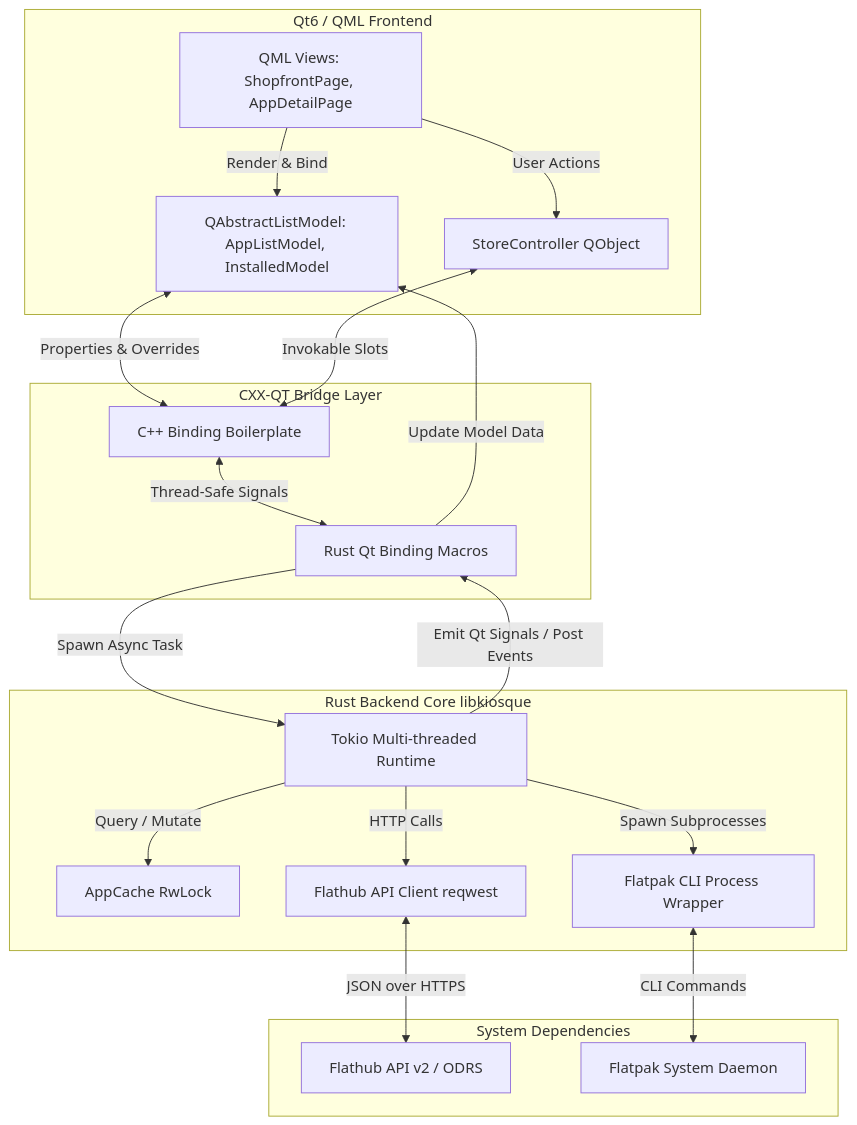
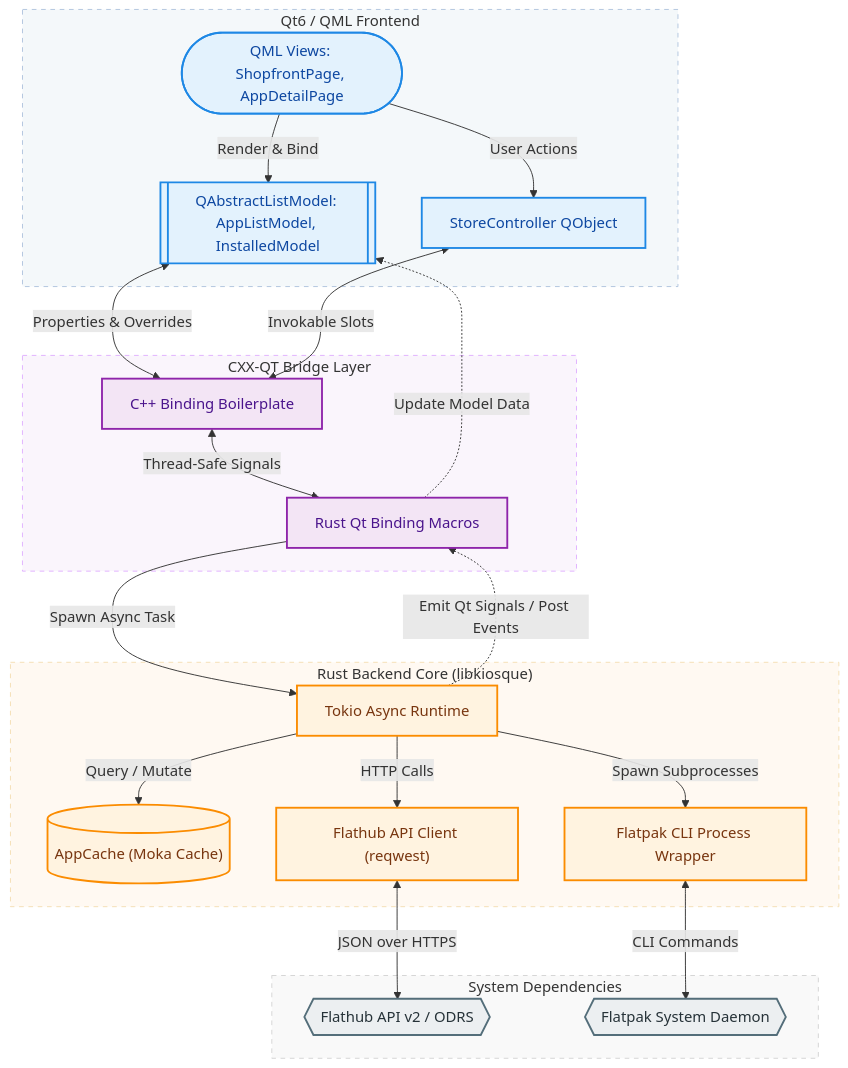
The diagram in README.md (niltonperimneto/kiosque), drawn with Mermaid before and after one commit. The commit also changed other lines of this file and 3 other files, not shown here.

First line of the commit message:
refactor(cache): replace manual RwLock cache with concurrent Moka cache

````diff
--- a/README.md
+++ b/README.md
@@ -55,44 +55,67 @@
 ```mermaid
 graph TD
     %% Frontend Layer
-    subgraph Frontend [Qt6 / QML Frontend]
-        UI[QML Views: ShopfrontPage, AppDetailPage]
-        Models[QAbstractListModel: AppListModel, InstalledModel]
-        Ctrl[StoreController QObject]
+    subgraph Frontend ["Qt6 / QML Frontend"]
+        UI(["QML Views: ShopfrontPage, AppDetailPage"])
+        Models[["QAbstractListModel: AppListModel, InstalledModel"]]
+        Ctrl["StoreController QObject"]
     end
 
     %% CXX-QT Bridge Layer
-    subgraph Bridge [CXX-QT Bridge Layer]
-        CXX_Bridge[C++ Binding Boilerplate]
-        Rust_Bridge[Rust Qt Binding Macros]
+    subgraph Bridge ["CXX-QT Bridge Layer"]
+        CXX_Bridge["C++ Binding Boilerplate"]
+        Rust_Bridge["Rust Qt Binding Macros"]
     end
 
     %% Backend Layer
-    subgraph Backend [Rust Backend Core libkiosque]
-        Tokio[Tokio Multi-threaded Runtime]
-        Cache[AppCache RwLock]
-        Flathub[Flathub API Client reqwest]
-        FlatpakCLI[Flatpak CLI Process Wrapper]
+    subgraph Backend ["Rust Backend Core (libkiosque)"]
+        Tokio["Tokio Async Runtime"]
+        Cache[("AppCache (Moka Cache)")]
+        Flathub["Flathub API Client (reqwest)"]
+        FlatpakCLI["Flatpak CLI Process Wrapper"]
     end
 
     %% System Dependencies
-    subgraph System [System Dependencies]
-        FlathubAPI[Flathub API v2 / ODRS]
-        FlatpakSystem[Flatpak System Daemon]
+    subgraph System ["System Dependencies"]
+        FlathubAPI{{"Flathub API v2 / ODRS"}}
+        FlatpakSystem{{"Flatpak System Daemon"}}
     end
 
     %% Connections
     UI -->|Render & Bind| Models
     UI -->|User Actions| Ctrl
+    
     Models <-->|Properties & Overrides| CXX_Bridge
     Ctrl <-->|Invokable Slots| CXX_Bridge
+    
     CXX_Bridge <-->|Thread-Safe Signals| Rust_Bridge
+    
     Rust_Bridge -->|Spawn Async Task| Tokio
+    
     Tokio -->|Query / Mutate| Cache
     Tokio -->|HTTP Calls| Flathub
     Tokio -->|Spawn Subprocesses| FlatpakCLI
+    
     Flathub <-->|JSON over HTTPS| FlathubAPI
     FlatpakCLI <-->|CLI Commands| FlatpakSystem
-    Tokio -->|Emit Qt Signals / Post Events| Rust_Bridge
-    Rust_Bridge -->|Update Model Data| Models
+    
+    Tokio -.->|Emit Qt Signals / Post Events| Rust_Bridge
+    Rust_Bridge -.->|Update Model Data| Models
+
+    %% Style Classes for Modern Theme
+    classDef frontend fill:#E3F2FD,stroke:#1E88E5,stroke-width:2px,color:#0D47A1;
+    classDef bridge fill:#F3E5F5,stroke:#8E24AA,stroke-width:2px,color:#4A148C;
+    classDef backend fill:#FFF3E0,stroke:#FB8C00,stroke-width:2px,color:#78350F;
+    classDef system fill:#ECEFF1,stroke:#546E7A,stroke-width:2px,color:#263238;
+
+    class UI,Models,Ctrl frontend;
+    class CXX_Bridge,Rust_Bridge bridge;
+    class Tokio,Cache,Flathub,FlatpakCLI backend;
+    class FlathubAPI,FlatpakSystem system;
+
+    %% Subgraph Styling
+    style Frontend fill:#F4F8FA,stroke:#B0C4DE,stroke-width:1px,stroke-dasharray: 5 5;
+    style Bridge fill:#FAF5FC,stroke:#E0B0FF,stroke-width:1px,stroke-dasharray: 5 5;
+    style Backend fill:#FFF9F2,stroke:#F5DEB3,stroke-width:1px,stroke-dasharray: 5 5;
+    style System fill:#F9F9F9,stroke:#D3D3D3,stroke-width:1px,stroke-dasharray: 5 5;
 ```
````
